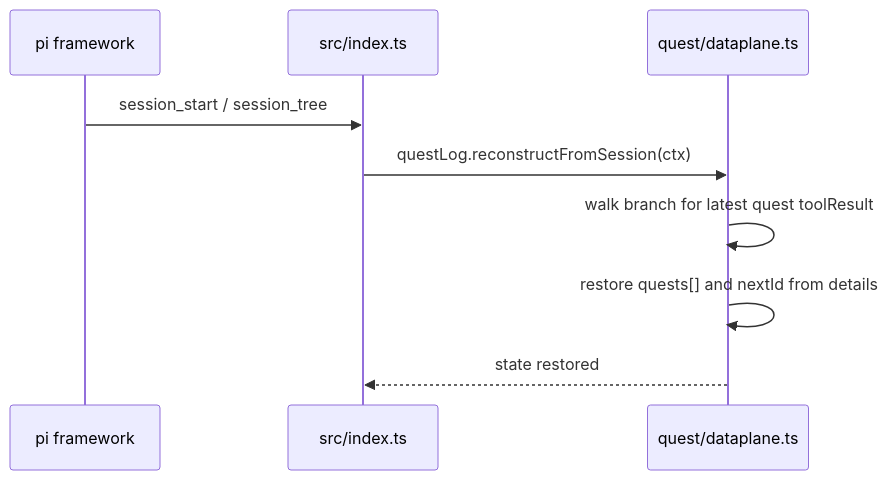
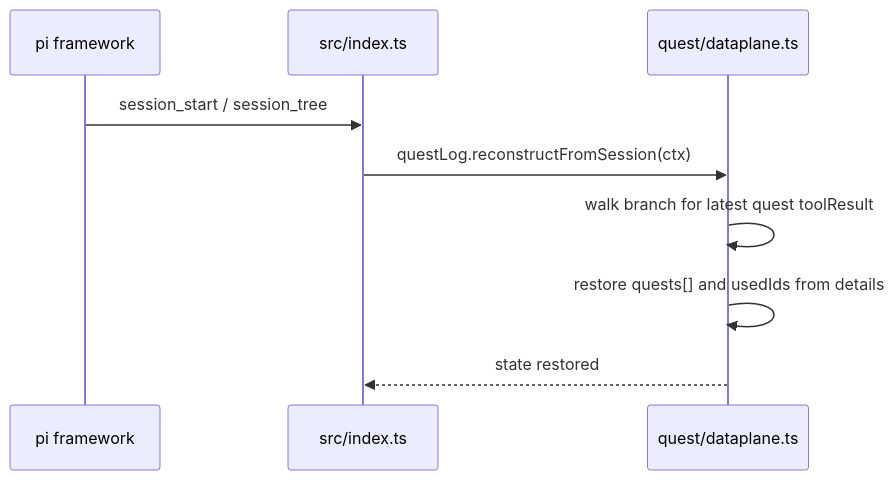
Before and after one commit to kalindudc/pi-quests: the fourth of 4 diagrams in docs/architecture.md, drawn with Mermaid. The commit also changed other lines of this file and 7 other files, not shown here.

````diff
--- a/docs/architecture.md
+++ b/docs/architecture.md
@@ -113,12 +113,12 @@
 ```mermaid
 sequenceDiagram
     participant pi as pi framework
     participant index as src/index.ts
     participant dataplane as quest/dataplane.ts
 
     pi->>index: session_start / session_tree
     index->>dataplane: questLog.reconstructFromSession(ctx)
     dataplane->>dataplane: walk branch for latest quest toolResult
-    dataplane->>dataplane: restore quests[] and nextId from details
+    dataplane->>dataplane: restore quests[] and usedIds from details
     dataplane-->>index: state restored
 ```
````
